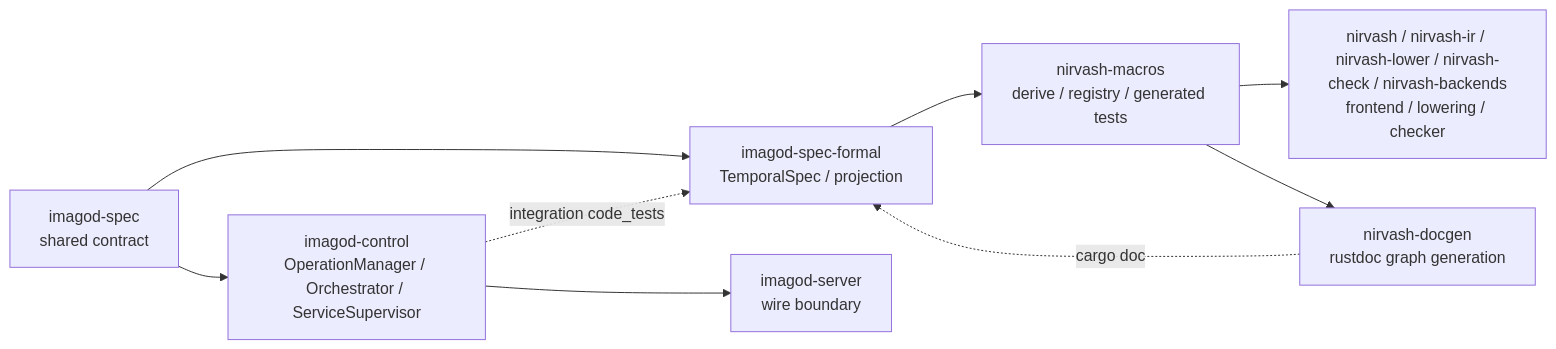
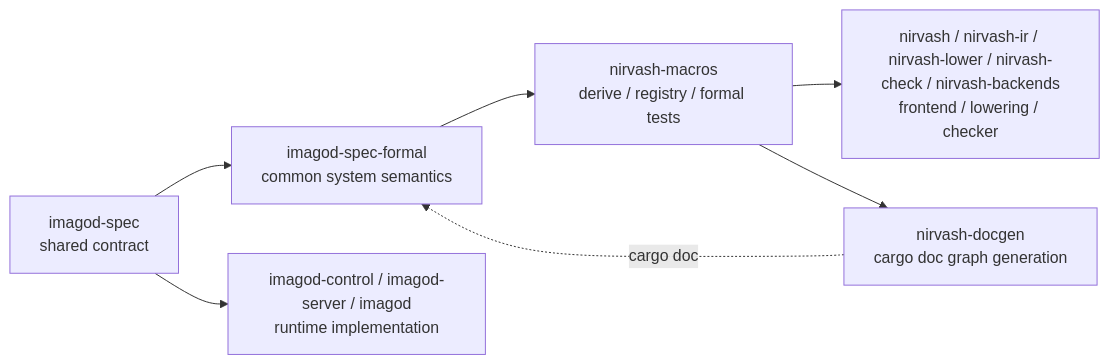
One commit to yieldspace/imago changed the diagram in docs/nirvash-and-imagod-control.md. Above: the diagram before and after it, drawn with Mermaid. The commit also changed other lines of this file and 54 other files, not shown here.

First line of the commit message:
feat!: rewrite imagod formal semantics and docgen

````diff
--- a/docs/nirvash-and-imagod-control.md
+++ b/docs/nirvash-and-imagod-control.md
@@ -8,11 +8,9 @@
 ```mermaid
 flowchart LR
-    A["imagod-spec<br/>shared contract"] --> B["imagod-spec-formal<br/>TemporalSpec / projection"]
-    B --> C["nirvash-macros<br/>derive / registry / generated tests"]
+    A["imagod-spec<br/>shared contract"] --> B["imagod-spec-formal<br/>common system semantics"]
+    B --> C["nirvash-macros<br/>derive / registry / formal tests"]
     C --> D["nirvash / nirvash-ir / nirvash-lower / nirvash-check / nirvash-backends<br/>frontend / lowering / checker"]
-    C --> E["nirvash-docgen<br/>rustdoc graph generation"]
-    A --> F["imagod-control<br/>OperationManager / Orchestrator / ServiceSupervisor"]
-    F --> G["imagod-server<br/>wire boundary"]
-    F -. "integration code_tests" .-> B
+    C --> E["nirvash-docgen<br/>cargo doc graph generation"]
+    A --> F["imagod-control / imagod-server / imagod<br/>runtime implementation"]
     E -. "cargo doc" .-> B
 ```
````
